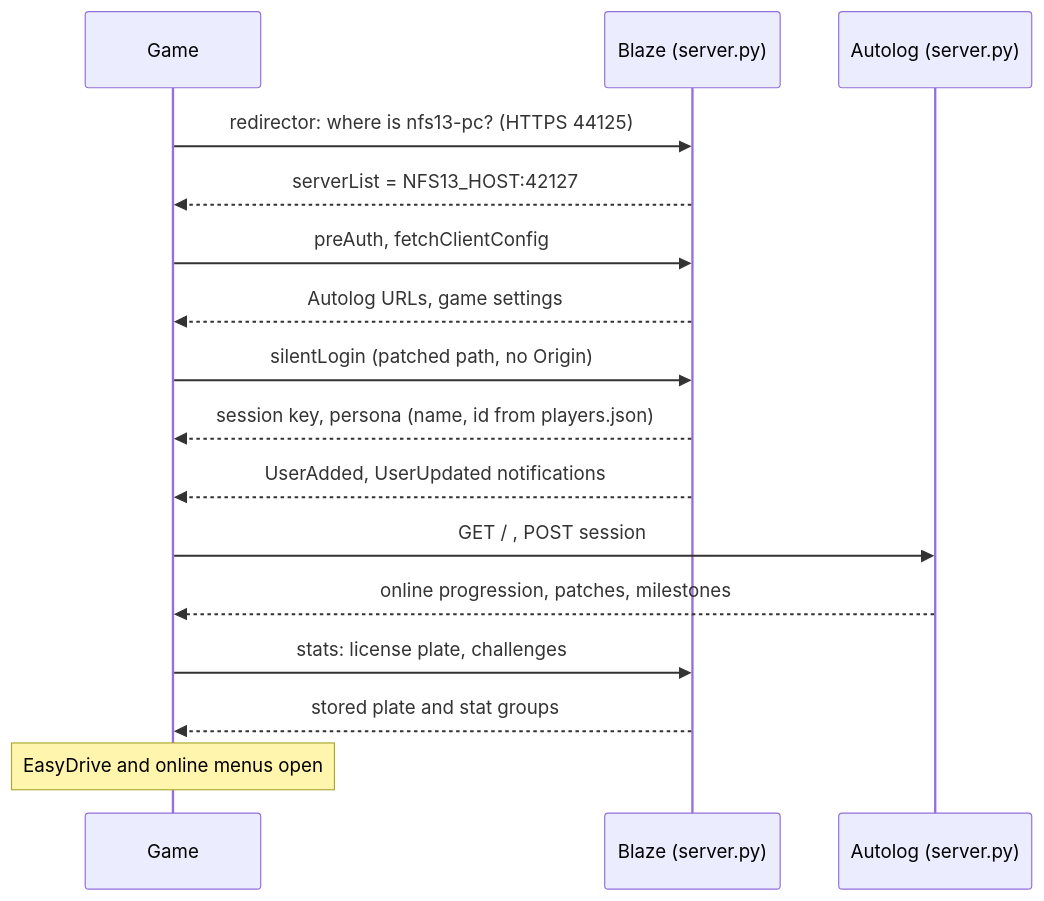
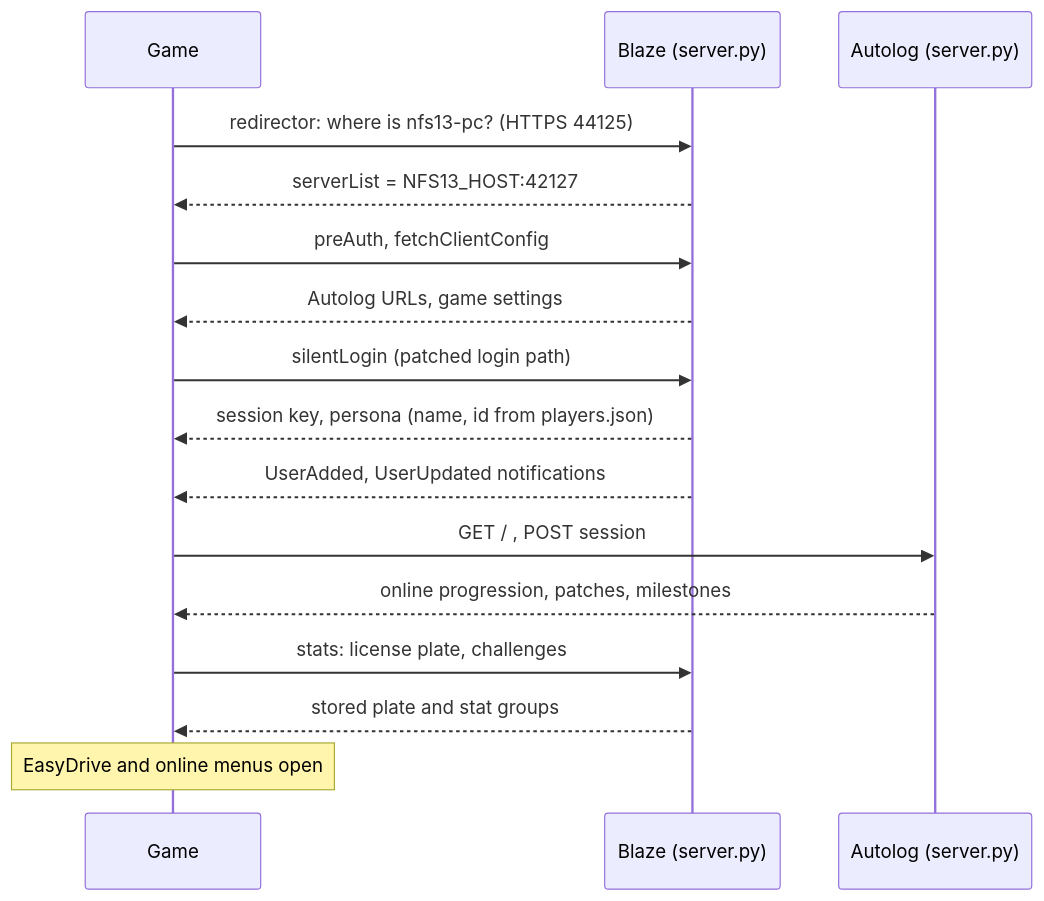
The second of 4 diagrams in docs/HOW_IT_WORKS.md (178lavash178-create/nfs13), drawn with Mermaid before and after one commit. The commit also changed other lines of this file and 8 other files, not shown here.

````diff
--- a/docs/HOW_IT_WORKS.md
+++ b/docs/HOW_IT_WORKS.md
@@ -42,18 +42,18 @@
 ```mermaid
 sequenceDiagram
     participant G as Game
     participant B as Blaze (server.py)
     participant AL as Autolog (server.py)
     G->>B: redirector: where is nfs13-pc? (HTTPS 44125)
     B-->>G: serverList = NFS13_HOST:42127
     G->>B: preAuth, fetchClientConfig
     B-->>G: Autolog URLs, game settings
-    G->>B: silentLogin (patched path, no Origin)
+    G->>B: silentLogin (patched login path)
     B-->>G: session key, persona (name, id from players.json)
     B-->>G: UserAdded, UserUpdated notifications
     G->>AL: GET / , POST session
     AL-->>G: online progression, patches, milestones
     G->>B: stats: license plate, challenges
     B-->>G: stored plate and stat groups
     Note over G: EasyDrive and online menus open
 ```
````
